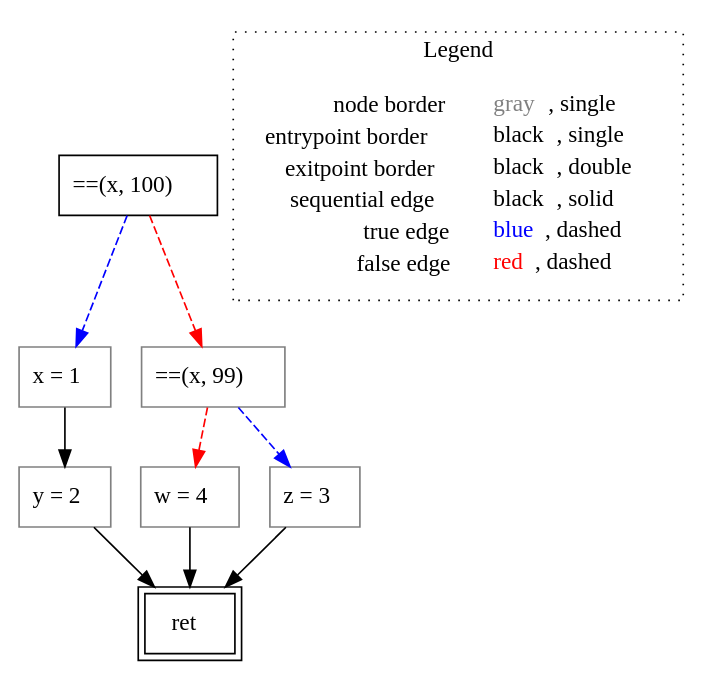
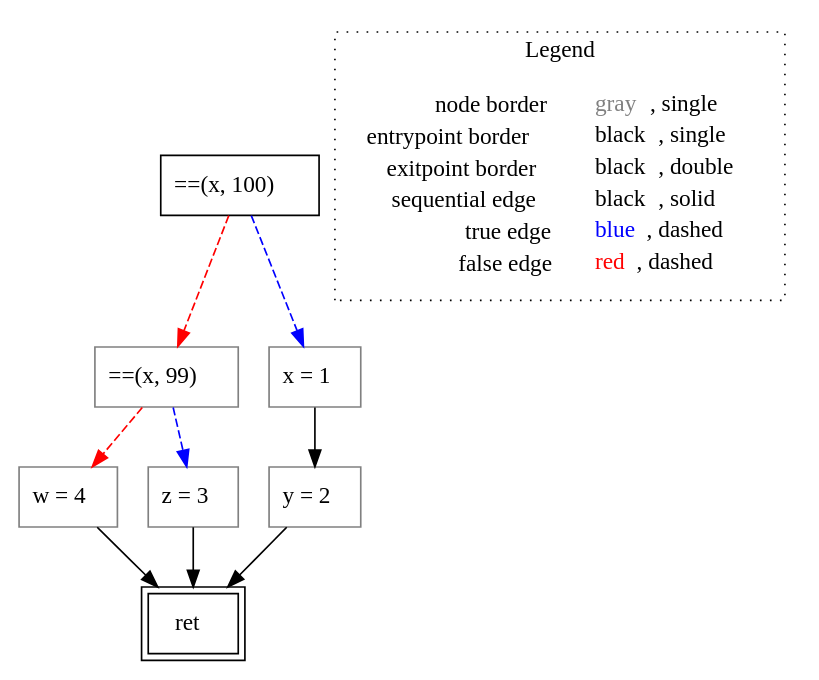
The diagram in go-lisa/test-outputs/cfg/if/untyped_~LiSAProgram.elseIf().dot (lisa-analyzer/go-lisa), drawn with Graphviz before and after one commit. The commit also changed 21 other files, not shown here.

```diff
--- a/go-lisa/test-outputs/cfg/if/untyped_~LiSAProgram.elseIf().dot
+++ b/go-lisa/test-outputs/cfg/if/untyped_~LiSAProgram.elseIf().dot
@@ -1,24 +1,24 @@
 digraph {
 	"node0" [shape="rect",color="black",label=<==(x, 100)>];
-	"node1" [shape="rect",color="gray",label=<x = 1>];
-	"node2" [shape="rect",color="black",peripheries="2",label=<ret>];
-	"node3" [shape="rect",color="gray",label=<w = 4>];
-	"node4" [shape="rect",color="gray",label=<z = 3>];
+	"node1" [shape="rect",color="gray",label=<w = 4>];
+	"node2" [shape="rect",color="gray",label=<z = 3>];
+	"node3" [shape="rect",color="black",peripheries="2",label=<ret>];
+	"node4" [shape="rect",color="gray",label=<==(x, 99)>];
 	"node5" [shape="rect",color="gray",label=<y = 2>];
-	"node6" [shape="rect",color="gray",label=<==(x, 99)>];
-	"node1" -> "node5" [color="black"];
-	"node3" -> "node2" [color="black"];
-	"node4" -> "node2" [color="black"];
-	"node0" -> "node1" [color="blue",style="dashed"];
-	"node0" -> "node6" [color="red",style="dashed"];
-	"node5" -> "node2" [color="black"];
-	"node6" -> "node3" [color="red",style="dashed"];
-	"node6" -> "node4" [color="blue",style="dashed"];
+	"node6" [shape="rect",color="gray",label=<x = 1>];
+	"node1" -> "node3" [color="black"];
+	"node0" -> "node4" [color="red",style="dashed"];
+	"node0" -> "node6" [color="blue",style="dashed"];
+	"node2" -> "node3" [color="black"];
+	"node4" -> "node1" [color="red",style="dashed"];
+	"node4" -> "node2" [color="blue",style="dashed"];
+	"node5" -> "node3" [color="black"];
+	"node6" -> "node5" [color="black"];
 subgraph cluster_legend {
 	label="Legend";
 	style=dotted;
 	node [shape=plaintext];
 	"legend" [label=<<table border="0" cellpadding="2" cellspacing="0" cellborder="0"><tr><td align="right">node border&nbsp;</td><td align="left"><font color="gray">gray</font>, single</td></tr><tr><td align="right">entrypoint border&nbsp;</td><td align="left"><font color="black">black</font>, single</td></tr><tr><td align="right">exitpoint border&nbsp;</td><td align="left"><font color="black">black</font>, double</td></tr><tr><td align="right">sequential edge&nbsp;</td><td align="left"><font color="black">black</font>, solid</td></tr><tr><td align="right">true edge&nbsp;</td><td align="left"><font color="blue">blue</font>, dashed</td></tr><tr><td align="right">false edge&nbsp;</td><td align="left"><font color="red">red</font>, dashed</td></tr></table>>];
 }
 
 }
```
